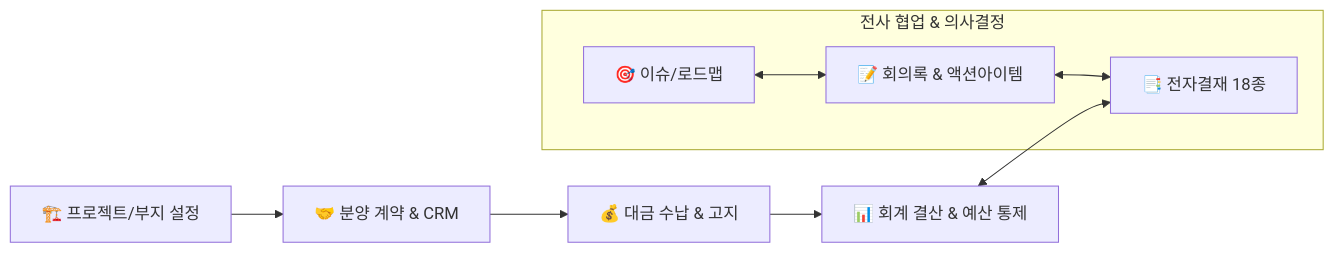
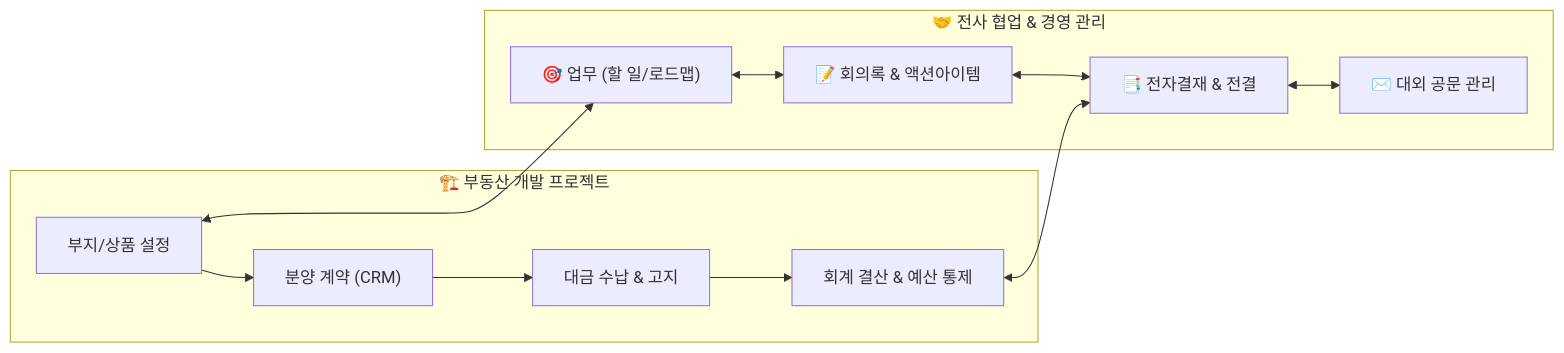
Before and after one commit to nc2U/ibs: the diagram in app/vue/docs/index.md, drawn with Mermaid. The commit also changed other lines of this file and 10 other files, not shown here.

````diff
--- a/app/vue/docs/index.md
+++ b/app/vue/docs/index.md
@@ -12,13 +28,17 @@
 ```mermaid
 flowchart LR
-    A["🏗️ 프로젝트/부지 설정"] --> B["🤝 분양 계약 & CRM"]
-    B --> C["💰 대금 수납 & 고지"]
-    C --> D["📊 회계 결산 & 예산 통제"]
+    subgraph 프로젝트 ["🏗️ 부동산 개발 프로젝트"]
+        A["부지/상품 설정"] --> B["분양 계약 (CRM)"]
+        B --> C["대금 수납 & 고지"]
+        C --> D["회계 결산 & 예산 통제"]
+    end
 
-    subgraph 협업 ["전사 협업 & 의사결정"]
-        E["🎯 이슈/로드맵"] <--> F["📝 회의록 & 액션아이템"]
-        F <--> G["📑 전자결재 18종"]
+    subgraph 협업의사결정 ["🤝 전사 협업 & 경영 관리"]
+        E["🎯 업무 (할 일/로드맵)"] <--> F["📝 회의록 & 액션아이템"]
+        F <--> G["📑 전자결재 & 전결"]
+        G <--> H["✉️ 대외 공문 관리"]
     end
 
     D <--> G
+    A <--> E
 ```
````
